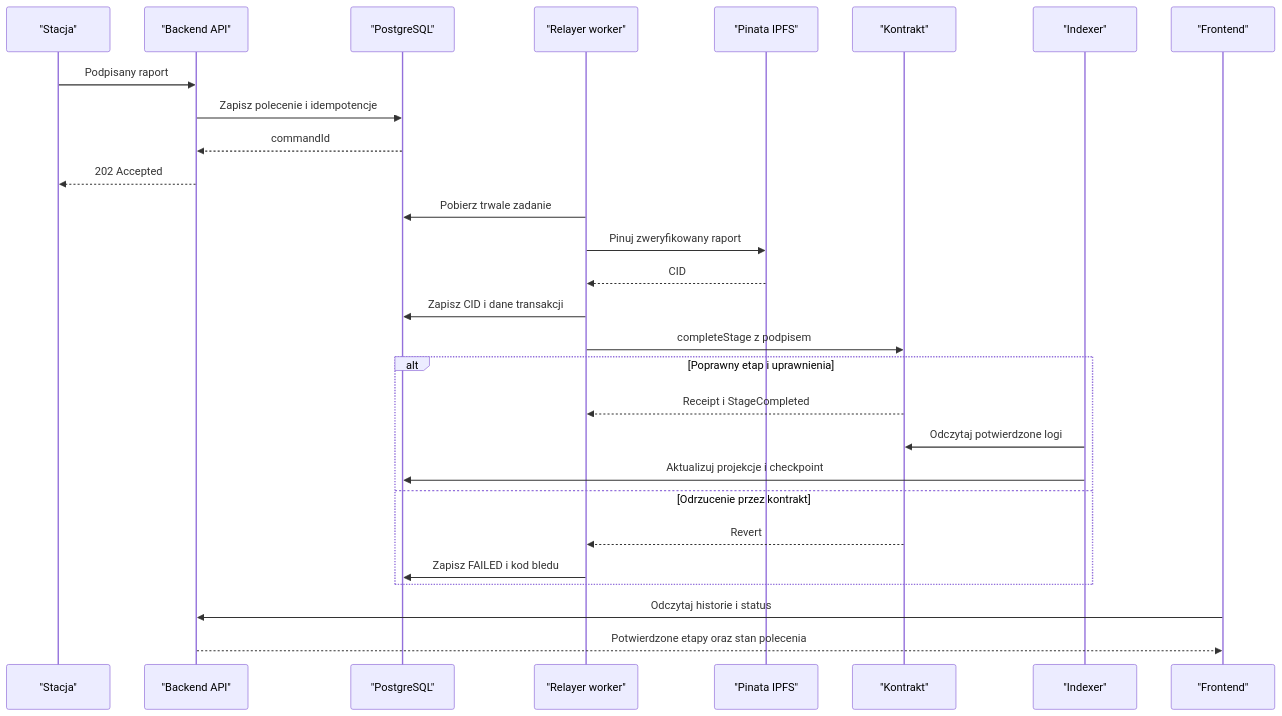
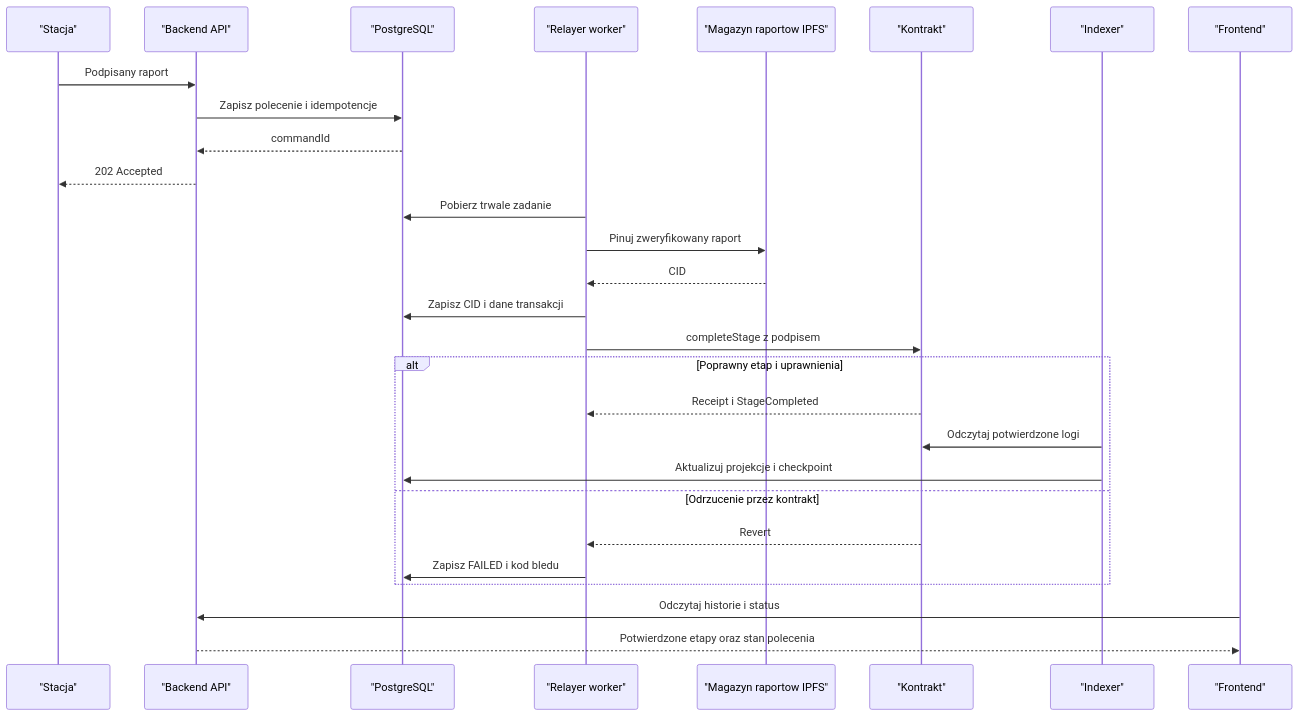
Before and after one commit to nimek06/PZ_supply_blockchain: the diagram in docs/protocol.md, drawn with Mermaid. The commit also changed other lines of this file and 64 other files, not shown here.

````diff
--- a/docs/protocol.md
+++ b/docs/protocol.md
@@ -242,30 +279,30 @@
 ```mermaid
 sequenceDiagram
     participant Station as "Stacja"
     participant API as "Backend API"
     participant DB as "PostgreSQL"
     participant Worker as "Relayer worker"
-    participant IPFS as "Pinata IPFS"
+    participant IPFS as "Magazyn raportow IPFS"
     participant Chain as "Kontrakt"
     participant Indexer as "Indexer"
     participant UI as "Frontend"
     Station->>API: Podpisany raport
     API->>DB: Zapisz polecenie i idempotencje
     DB-->>API: commandId
     API-->>Station: 202 Accepted
     Worker->>DB: Pobierz trwale zadanie
     Worker->>IPFS: Pinuj zweryfikowany raport
     IPFS-->>Worker: CID
     Worker->>DB: Zapisz CID i dane transakcji
     Worker->>Chain: completeStage z podpisem
     alt Poprawny etap i uprawnienia
         Chain-->>Worker: Receipt i StageCompleted
         Indexer->>Chain: Odczytaj potwierdzone logi
         Indexer->>DB: Aktualizuj projekcje i checkpoint
     else Odrzucenie przez kontrakt
         Chain-->>Worker: Revert
         Worker->>DB: Zapisz FAILED i kod bledu
     end
     UI->>API: Odczytaj historie i status
     API-->>UI: Potwierdzone etapy oraz stan polecenia
 ```
````
